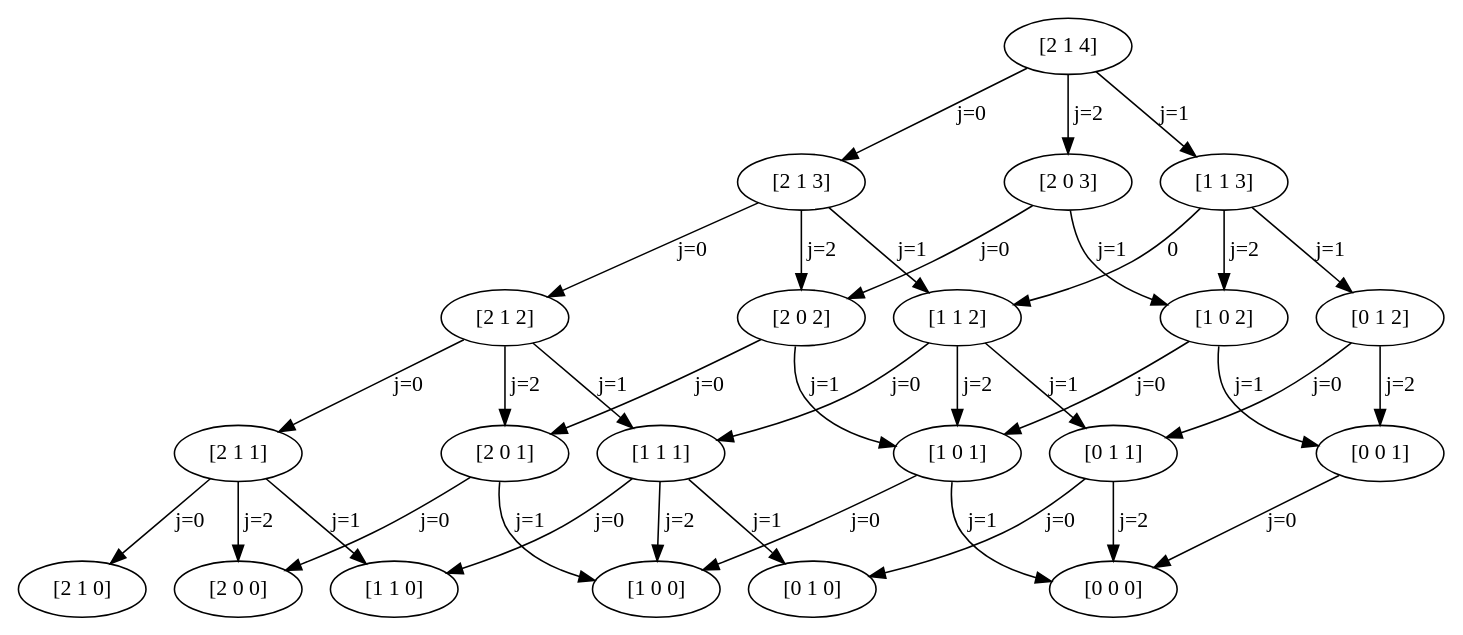
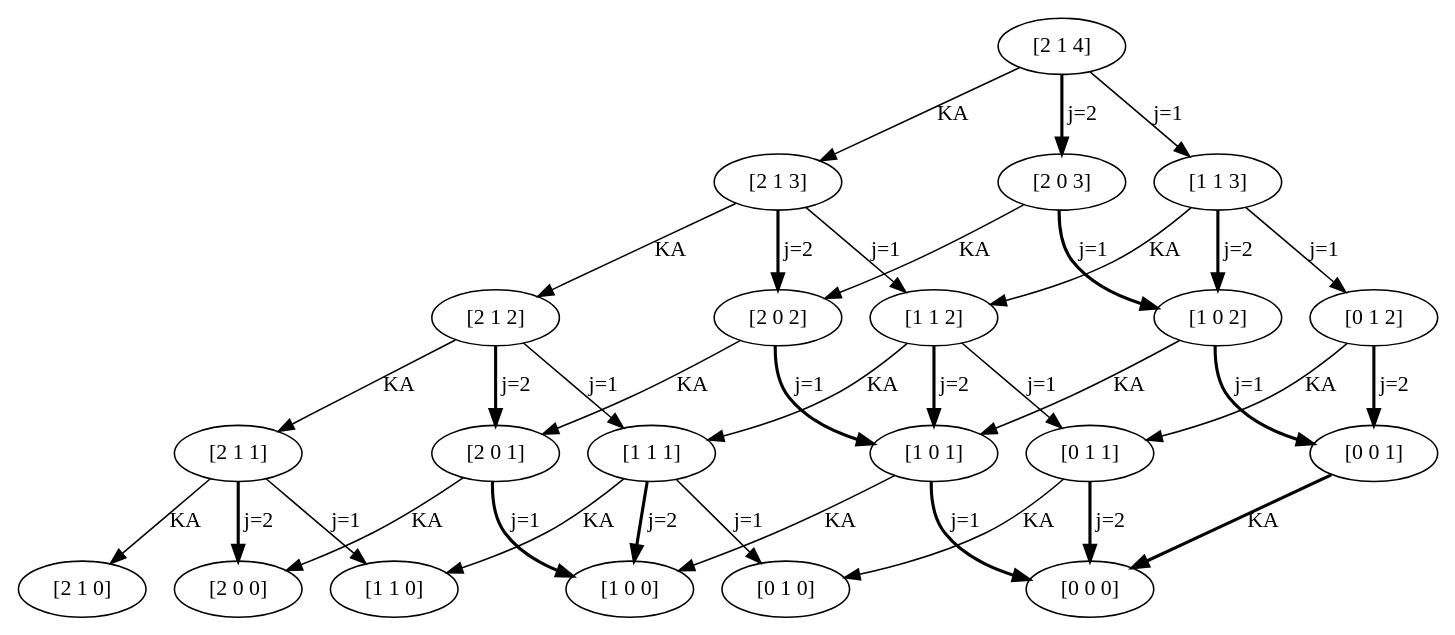
One commit to rb4k/MA-DP changed the diagram in Bilder/beispiel1.dot. Above: the diagram before and after it, drawn with Graphviz. The commit also changed 10 other files, not shown here.

```diff
--- a/Bilder/beispiel1.dot
+++ b/Bilder/beispiel1.dot
@@ -8,21 +8,25 @@
 		label="[2 1 1]",
 		time=1,
 		value=70.0];
-	1 -> 0 [label="j=0",
+	1 -> 0 [key=0,
 	goal="[2 1 0]",
+	label=KA,
+	modus=KA,
 	not_best_politic=True,
 	revenue=0,
 	time=1,
-	weight=0,
+	weight=0.0,
 	weight_goal=0.0];
 5 [capacity="[2 0]",
 	label="[2 0 0]",
 	time=0,
 	value=0.0];
-1 -> 5 [label="j=2",
+1 -> 5 [key=2,
 goal="[2 0 0]",
-not_best_politic=True,
+label="j=2",
+not_best_politic=False,
 revenue=200,
+style=bold,
 time=1,
 weight=200.0,
 weight_goal=0.0];
@@ -30,9 +34,10 @@
 label="[1 1 0]",
 time=0,
 value=0.0];
-1 -> 10 [label="j=1",
+1 -> 10 [key=1,
 goal="[1 1 0]",
-not_best_politic=False,
+label="j=1",
+not_best_politic=True,
 revenue=100,
 time=1,
 weight=100.0,
@@ -41,21 +46,25 @@
 label="[2 1 2]",
 time=2,
 value=138.0];
-2 -> 1 [label="j=0",
+2 -> 1 [key=0,
 goal="[2 1 1]",
+label=KA,
+modus=KA,
 not_best_politic=True,
 revenue=0,
 time=2,
-weight=0,
+weight=0.0,
 weight_goal=70.0];
 6 [capacity="[2 0]",
 label="[2 0 1]",
 time=1,
 value=50.0];
-2 -> 6 [label="j=2",
+2 -> 6 [key=2,
 goal="[2 0 1]",
+label="j=2",
 not_best_politic=False,
 revenue=200,
+style=bold,
 time=2,
 weight=180.0,
 weight_goal=50.0];
@@ -63,8 +72,9 @@
 label="[1 1 1]",
 time=1,
 value=70.0];
-2 -> 11 [label="j=1",
+2 -> 11 [key=1,
 goal="[1 1 1]",
+label="j=1",
 not_best_politic=True,
 revenue=100,
 time=2,
@@ -74,21 +84,25 @@
 label="[2 1 3]",
 time=3,
 value=191.688];
-3 -> 2 [label="j=0",
+3 -> 2 [key=0,
 goal="[2 1 2]",
+label=KA,
+modus=KA,
 not_best_politic=True,
 revenue=0,
 time=3,
-weight=0,
+weight=0.0,
 weight_goal=138.0];
 7 [capacity="[2 0]",
 label="[2 0 2]",
 time=2,
 value=100.0];
-3 -> 7 [label="j=2",
+3 -> 7 [key=2,
 goal="[2 0 2]",
+label="j=2",
 not_best_politic=False,
 revenue=200,
+style=bold,
 time=3,
 weight=162.0,
 weight_goal=100.0];
@@ -96,8 +110,9 @@
 label="[1 1 2]",
 time=2,
 value=113.0];
-3 -> 12 [label="j=1",
+3 -> 12 [key=1,
 goal="[1 1 2]",
+label="j=1",
 not_best_politic=True,
 revenue=100,
 time=3,
@@ -107,21 +122,25 @@
 label="[2 1 4]",
 time=4,
 value=231.25];
-4 -> 3 [label="j=0",
+4 -> 3 [key=0,
 goal="[2 1 3]",
+label=KA,
+modus=KA,
 not_best_politic=True,
 revenue=0,
 time=4,
-weight=0,
+weight=0.0,
 weight_goal=191.688];
 8 [capacity="[2 0]",
 label="[2 0 3]",
 time=3,
 value=137.5];
-4 -> 8 [label="j=2",
+4 -> 8 [key=2,
 goal="[2 0 3]",
+label="j=2",
 not_best_politic=False,
 revenue=200,
+style=bold,
 time=4,
 weight=145.812,
 weight_goal=137.5];
@@ -129,78 +148,95 @@
 label="[1 1 3]",
 time=3,
 value=141.703];
-4 -> 13 [label="j=1",
+4 -> 13 [key=1,
 goal="[1 1 3]",
+label="j=1",
 not_best_politic=True,
 revenue=100,
 time=4,
 weight=50.0156,
 weight_goal=141.703];
-6 -> 5 [label="j=0",
+6 -> 5 [key=0,
 goal="[2 0 0]",
+label=KA,
+modus=KA,
 not_best_politic=True,
 revenue=0,
 time=1,
-weight=0,
+weight=0.0,
 weight_goal=0.0];
 15 [capacity="[1 0]",
 label="[1 0 0]",
 time=0,
 value=0.0];
-6 -> 15 [label="j=1",
+6 -> 15 [key=1,
 goal="[1 0 0]",
+label="j=1",
 not_best_politic=False,
 revenue=100,
+style=bold,
 time=1,
 weight=100.0,
 weight_goal=0.0];
-7 -> 6 [label="j=0",
+7 -> 6 [key=0,
 goal="[2 0 1]",
-not_best_politic=False,
+label=KA,
+modus=KA,
+not_best_politic=True,
 revenue=0,
 time=2,
-weight=0,
+weight=0.0,
 weight_goal=50.0];
 16 [capacity="[1 0]",
 label="[1 0 1]",
 time=1,
 value=50.0];
-7 -> 16 [label="j=1",
+7 -> 16 [key=1,
 goal="[1 0 1]",
-not_best_politic=True,
+label="j=1",
+not_best_politic=False,
 revenue=100,
+style=bold,
 time=2,
 weight=100.0,
 weight_goal=50.0];
-8 -> 7 [label="j=0",
+8 -> 7 [key=0,
 goal="[2 0 2]",
-not_best_politic=False,
+label=KA,
+modus=KA,
+not_best_politic=True,
 revenue=0,
 time=3,
-weight=0,
+weight=0.0,
 weight_goal=100.0];
 17 [capacity="[1 0]",
 label="[1 0 2]",
 time=2,
 value=75.0];
-8 -> 17 [label="j=1",
+8 -> 17 [key=1,
 goal="[1 0 2]",
-not_best_politic=True,
+label="j=1",
+not_best_politic=False,
 revenue=100,
+style=bold,
 time=3,
 weight=75.0,
 weight_goal=75.0];
-11 -> 10 [label="j=0",
+11 -> 10 [key=0,
 goal="[1 1 0]",
+label=KA,
+modus=KA,
 not_best_politic=True,
 revenue=0,
 time=1,
-weight=0,
+weight=0.0,
 weight_goal=0.0];
-11 -> 15 [label="j=2",
+11 -> 15 [key=2,
 goal="[1 0 0]",
-not_best_politic=True,
+label="j=2",
+not_best_politic=False,
 revenue=200,
+style=bold,
 time=1,
 weight=200.0,
 weight_goal=0.0];
@@ -208,24 +244,29 @@
 label="[0 1 0]",
 time=0,
 value=0.0];
-11 -> 20 [label="j=1",
+11 -> 20 [key=1,
 goal="[0 1 0]",
-not_best_politic=False,
+label="j=1",
+not_best_politic=True,
 revenue=100,
 time=1,
 weight=100.0,
 weight_goal=0.0];
-12 -> 11 [label="j=0",
+12 -> 11 [key=0,
 goal="[1 1 1]",
+label=KA,
+modus=KA,
 not_best_politic=True,
 revenue=0,
 time=2,
-weight=0,
+weight=0.0,
 weight_goal=70.0];
-12 -> 16 [label="j=2",
+12 -> 16 [key=2,
 goal="[1 0 1]",
+label="j=2",
 not_best_politic=False,
 revenue=200,
+style=bold,
 time=2,
 weight=180.0,
 weight_goal=50.0];
@@ -233,24 +274,29 @@
 label="[0 1 1]",
 time=1,
 value=20.0];
-12 -> 21 [label="j=1",
+12 -> 21 [key=1,
 goal="[0 1 1]",
+label="j=1",
 not_best_politic=True,
 revenue=100,
 time=2,
 weight=50.0,
 weight_goal=20.0];
-13 -> 12 [label=0,
+13 -> 12 [key=0,
 goal="[1 1 2]",
+label=KA,
+modus=KA,
 not_best_politic=True,
 revenue=0,
 time=3,
-weight=0,
+weight=0.0,
 weight_goal=113.0];
-13 -> 17 [label="j=2",
+13 -> 17 [key=2,
 goal="[1 0 2]",
+label="j=2",
 not_best_politic=False,
 revenue=200,
+style=bold,
 time=3,
 weight=162.0,
 weight_goal=75.0];
@@ -258,82 +304,102 @@
 label="[0 1 2]",
 time=2,
 value=38.0];
-13 -> 22 [label="j=1",
+13 -> 22 [key=1,
 goal="[0 1 2]",
+label="j=1",
 not_best_politic=True,
 revenue=100,
 time=3,
 weight=25.0,
 weight_goal=38.0];
-16 -> 15 [label="j=0",
+16 -> 15 [key=0,
 goal="[1 0 0]",
+label=KA,
+modus=KA,
 not_best_politic=True,
 revenue=0,
 time=1,
-weight=0,
+weight=0.0,
 weight_goal=0.0];
 25 [capacity="[0 0]",
 label="[0 0 0]",
 time=0,
 value=0.0];
-16 -> 25 [label="j=1",
+16 -> 25 [key=1,
 goal="[0 0 0]",
+label="j=1",
 not_best_politic=False,
 revenue=100,
+style=bold,
 time=1,
 weight=100.0,
 weight_goal=0.0];
-17 -> 16 [label="j=0",
+17 -> 16 [key=0,
 goal="[1 0 1]",
-not_best_politic=False,
+label=KA,
+modus=KA,
+not_best_politic=True,
 revenue=0,
 time=2,
-weight=0,
+weight=0.0,
 weight_goal=50.0];
 26 [capacity="[0 0]",
 label="[0 0 1]",
 time=1,
 value=0.0];
-17 -> 26 [label="j=1",
+17 -> 26 [key=1,
 goal="[0 0 1]",
-not_best_politic=True,
+label="j=1",
+not_best_politic=False,
 revenue=100,
+style=bold,
 time=2,
 weight=50.0,
 weight_goal=0.0];
-21 -> 20 [label="j=0",
+21 -> 20 [key=0,
 goal="[0 1 0]",
-not_best_politic=False,
+label=KA,
+modus=KA,
+not_best_politic=True,
 revenue=0,
 time=1,
-weight=0,
+weight=0.0,
 weight_goal=0.0];
-21 -> 25 [label="j=2",
+21 -> 25 [key=2,
 goal="[0 0 0]",
-not_best_politic=True,
+label="j=2",
+not_best_politic=False,
 revenue=200,
+style=bold,
 time=1,
 weight=200.0,
 weight_goal=0.0];
-22 -> 21 [label="j=0",
+22 -> 21 [key=0,
 goal="[0 1 1]",
+label=KA,
+modus=KA,
 not_best_politic=True,
 revenue=0,
 time=2,
-weight=0,
+weight=0.0,
 weight_goal=20.0];
-22 -> 26 [label="j=2",
+22 -> 26 [key=2,
 goal="[0 0 1]",
+label="j=2",
 not_best_politic=False,
 revenue=200,
+style=bold,
 time=2,
 weight=180.0,
 weight_goal=0.0];
-26 -> 25 [label="j=0",
+26 -> 25 [key=0,
 goal="[0 0 0]",
+label=KA,
+modus=KA,
 not_best_politic=False,
 revenue=0,
+style=bold,
 time=1,
-weight=0,
+weight=0.0,
 weight_goal=0.0];
 }
```
